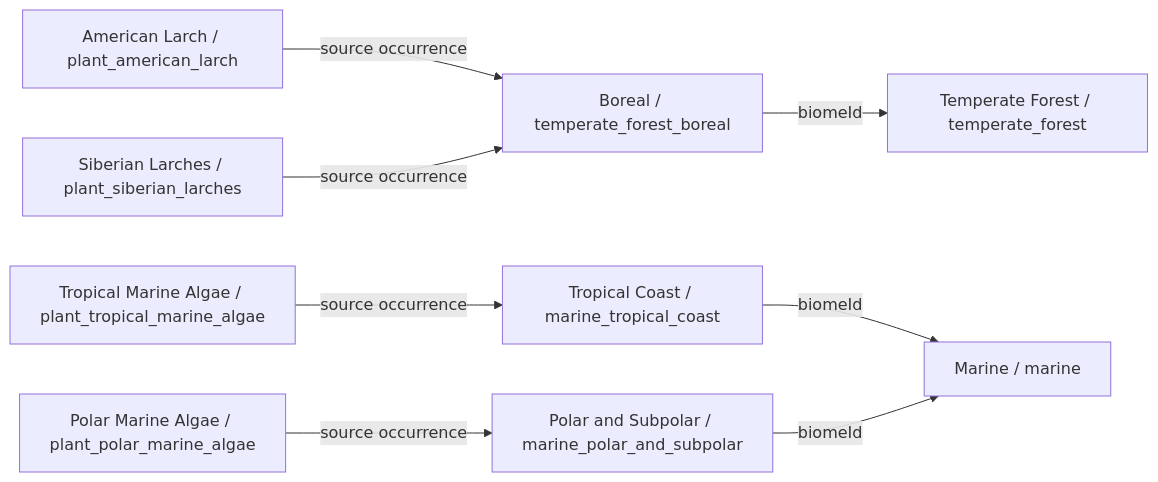
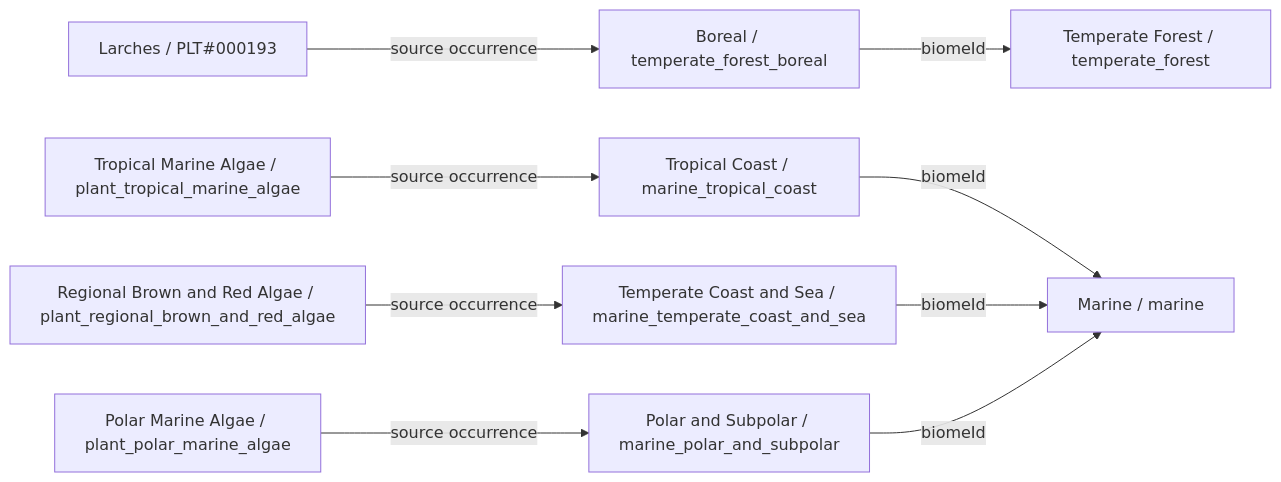
The second of 34 diagrams in data/plants/DIAGRAMS.md (fgabo404/EvolveDoc), drawn with Mermaid before and after one commit. The commit also changed other lines of this file and 59 other files, not shown here.

````diff
--- a/data/plants/DIAGRAMS.md
+++ b/data/plants/DIAGRAMS.md
@@ -207,19 +176,21 @@
 ```mermaid
 flowchart LR
-    c0["American Larch / plant_american_larch"]
+    c0["Larches / PLT#000193"]
     v7["Boreal / temperate_forest_boreal"]
     b1["Temperate Forest / temperate_forest"]
-    c1["Siberian Larches / plant_siberian_larches"]
-    c2["Polar Marine Algae / plant_polar_marine_algae"]
+    c1["Polar Marine Algae / plant_polar_marine_algae"]
     v21["Polar and Subpolar / marine_polar_and_subpolar"]
     b5["Marine / marine"]
-    c3["Tropical Marine Algae / plant_tropical_marine_algae"]
+    c2["Tropical Marine Algae / plant_tropical_marine_algae"]
     v19["Tropical Coast / marine_tropical_coast"]
+    c3["Regional Brown and Red Algae / plant_regional_brown_and_red_algae"]
+    v20["Temperate Coast and Sea / marine_temperate_coast_and_sea"]
     c0 -->|source occurrence| v7
-    c1 -->|source occurrence| v7
-    c2 -->|source occurrence| v21
-    c3 -->|source occurrence| v19
+    c1 -->|source occurrence| v21
+    c2 -->|source occurrence| v19
+    c3 -->|source occurrence| v20
     v19 -->|biomeId| b5
+    v20 -->|biomeId| b5
     v21 -->|biomeId| b5
     v7 -->|biomeId| b1
 ```
````
